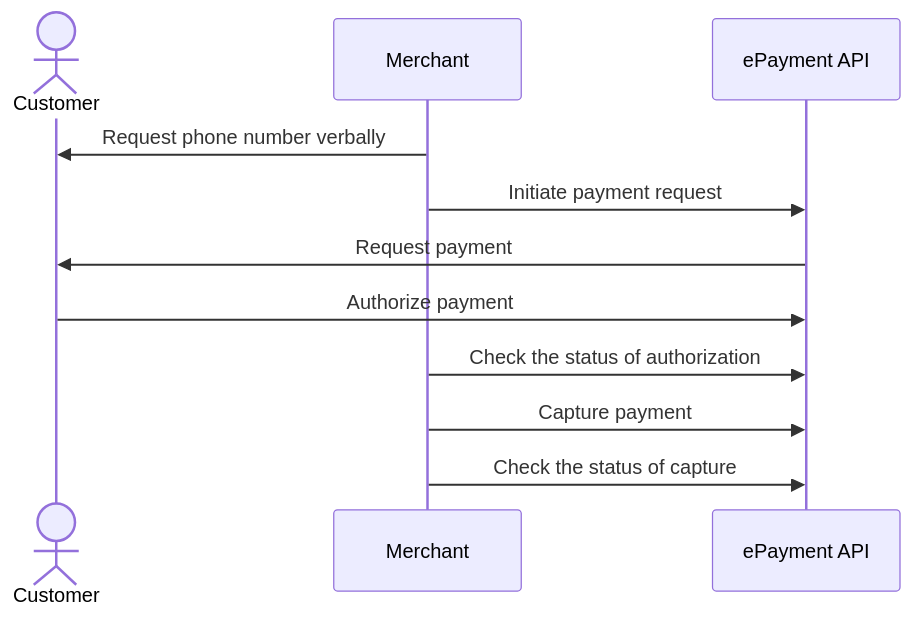
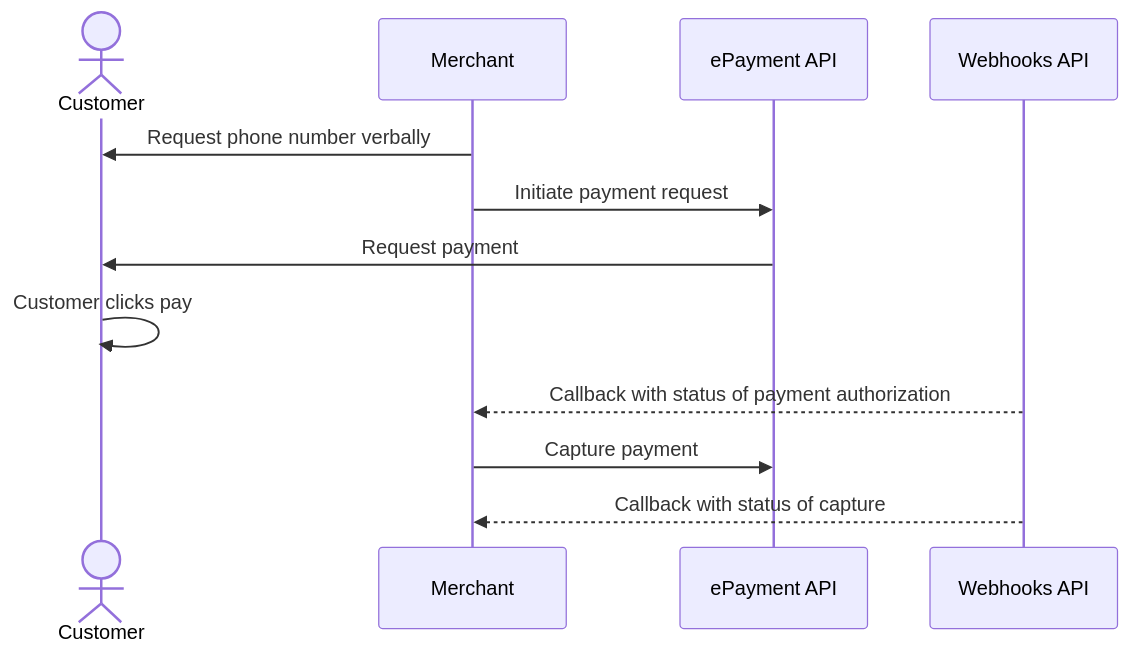
The diagram in taxi-companies/taximeter-initiates-payment-request-with-phone-request.md (vippsas/vipps-solutions), drawn with Mermaid before and after one commit. The commit also changed other lines of this file and 22 other files, not shown here.

````diff
--- a/taxi-companies/taximeter-initiates-payment-request-with-phone-request.md
+++ b/taxi-companies/taximeter-initiates-payment-request-with-phone-request.md
@@ -48,14 +119,15 @@
 ``` mermaid
 sequenceDiagram
     actor C as Customer
     participant M as Merchant
     participant ePayment as ePayment API
+    participant Webhooks as Webhooks API
 
     M->>C: Request phone number verbally
     M->>ePayment: Initiate payment request
     ePayment->>C: Request payment
-    C->>ePayment: Authorize payment
-    M->>ePayment: Check the status of authorization
-    M->>ePayment: Capture payment 
-    M->>ePayment: Check the status of capture
+    C->>C: Customer clicks pay
+    Webhooks-->>M: Callback with status of payment authorization
+    M->>ePayment: Capture payment
+    Webhooks-->>M: Callback with status of capture
 ```
````
